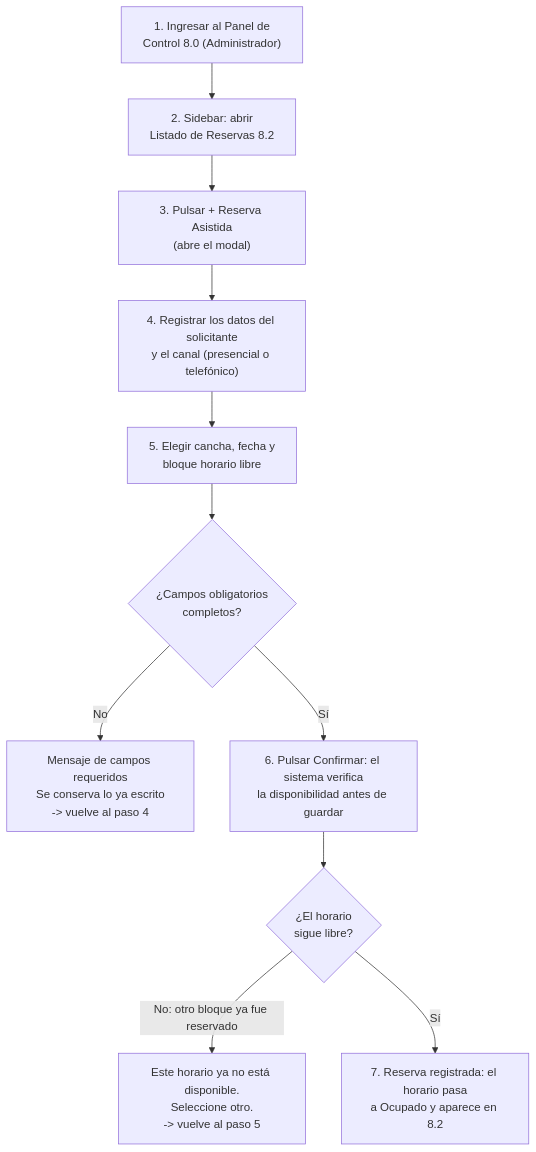
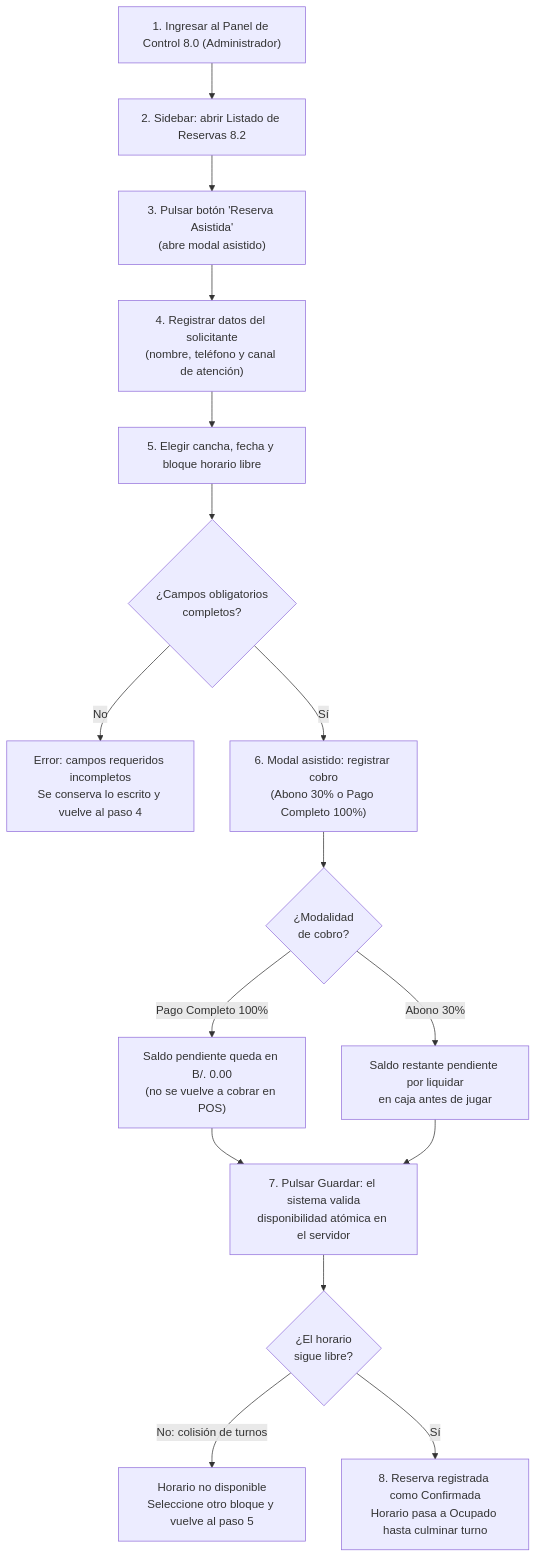
Before and after one commit to WalterJoel18/Sw-para-reserva-de-canchas-e-instalaciones-deportivas: diagram 11 of 12 in README.md, drawn with Mermaid. The commit also changed other lines of this file, not shown here.

````diff
--- a/README.md
+++ b/README.md
@@ -1100,13 +1169,24 @@
 ```mermaid
 flowchart TD
-    P1["1. Ingresar al Panel de\nControl 8.0 (Administrador)"] --> P2["2. Sidebar: abrir\nListado de Reservas 8.2"]
-    P2 --> P3["3. Pulsar + Reserva Asistida\n(abre el modal)"]
-    P3 --> P4["4. Registrar los datos del solicitante\ny el canal (presencial o telefónico)"]
-    P4 --> P5["5. Elegir cancha, fecha y\nbloque horario libre"]
-    P5 --> D1{"¿Campos obligatorios\ncompletos?"}
-    D1 -->|No| E1["Mensaje de campos requeridos\nSe conserva lo ya escrito\n-> vuelve al paso 4"]
-    D1 -->|Sí| P6["6. Pulsar Confirmar: el sistema verifica\nla disponibilidad antes de guardar"]
-    P6 --> D2{"¿El horario\nsigue libre?"}
-    D2 -->|No: otro bloque ya fue reservado| E2["Este horario ya no está disponible.\nSeleccione otro.\n-> vuelve al paso 5"]
-    D2 -->|Sí| P7["7. Reserva registrada: el horario pasa\na Ocupado y aparece en 8.2"]
+    P1["1. Ingresar al Panel de Control 8.0 (Administrador)"] --> P2["2. Sidebar: abrir Listado de Reservas 8.2"]
+    P2 --> P3["3. Pulsar botón 'Reserva Asistida'<br/>(abre modal asistido)"]
+    P3 --> P4["4. Registrar datos del solicitante<br/>(nombre, teléfono y canal de atención)"]
+    P4 --> P5["5. Elegir cancha, fecha y bloque horario libre"]
+    P5 --> D1{"¿Campos obligatorios<br/>completos?"}
+    
+    D1 -->|No| E1["Error: campos requeridos incompletos<br/>Se conserva lo escrito y vuelve al paso 4"]
+    D1 -->|Sí| P6["6. Modal asistido: registrar cobro<br/>(Abono 30% o Pago Completo 100%)"]
+    
+    P6 --> D2{"¿Modalidad<br/>de cobro?"}
+    
+    D2 -->|Pago Completo 100%| P6a["Saldo pendiente queda en B/. 0.00<br/>(no se vuelve a cobrar en POS)"]
+    D2 -->|Abono 30%| P6b["Saldo restante pendiente por liquidar<br/>en caja antes de jugar"]
+    
+    P6a --> P7["7. Pulsar Guardar: el sistema valida<br/>disponibilidad atómica en el servidor"]
+    P6b --> P7
+    
+    P7 --> D3{"¿El horario<br/>sigue libre?"}
+    
+    D3 -->|No: colisión de turnos| E2["Horario no disponible<br/>Seleccione otro bloque y vuelve al paso 5"]
+    D3 -->|Sí| P8["8. Reserva registrada como Confirmada<br/>Horario pasa a Ocupado hasta culminar turno"]
 ```
````
